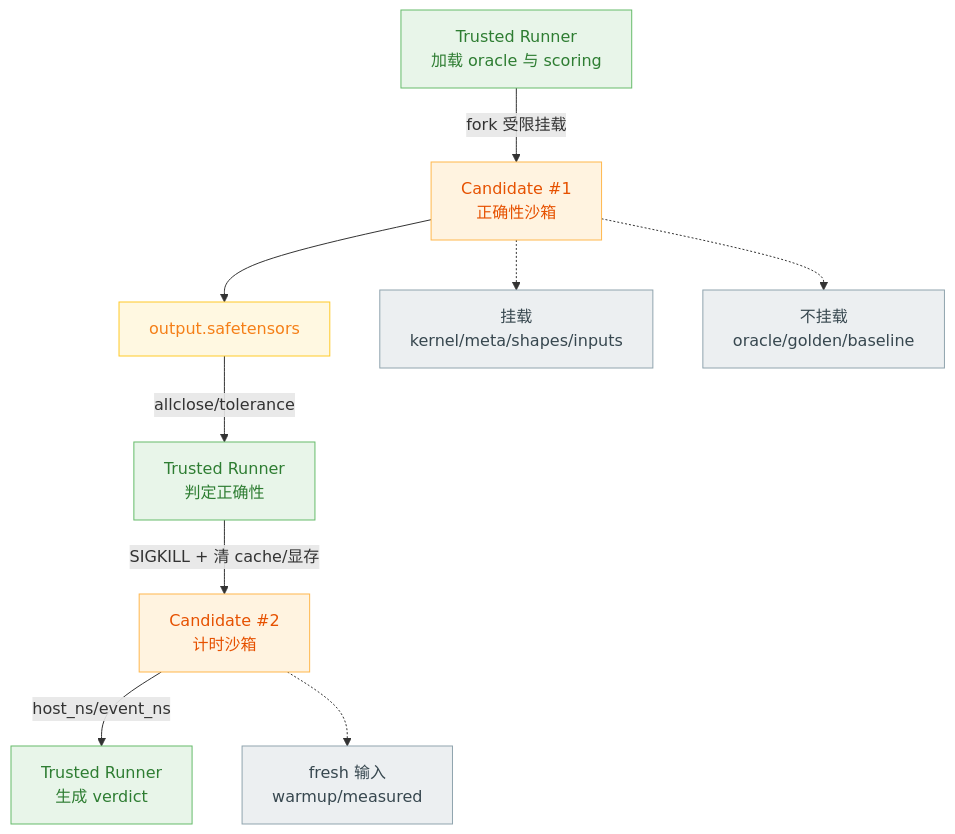
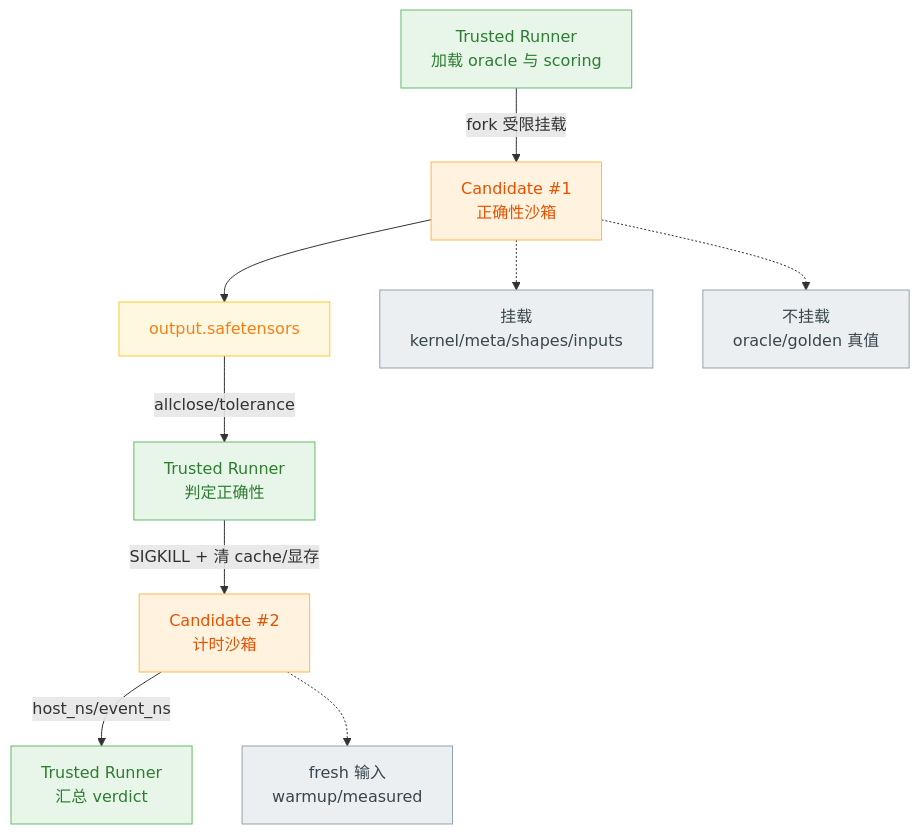
Before and after one commit to Gxj230958/TritonAscendBench: the third of 11 diagrams in docs/DESIGN.md, drawn with Mermaid. The commit also changed other lines of this file and 37 other files, not shown here.

````diff
--- a/docs/DESIGN.md
+++ b/docs/DESIGN.md
@@ -197,19 +196,19 @@
 ```mermaid
 flowchart TB
     TR["Trusted Runner<br/>加载 oracle 与 scoring"] -->|"fork 受限挂载"| C1["Candidate #1<br/>正确性沙箱"]
     C1 --> OUT["output.safetensors"]
     OUT -->|"allclose/tolerance"| TR2["Trusted Runner<br/>判定正确性"]
     TR2 -->|"SIGKILL + 清 cache/显存"| C2["Candidate #2<br/>计时沙箱"]
-    C2 -->|"host_ns/event_ns"| TR3["Trusted Runner<br/>生成 verdict"]
+    C2 -->|"host_ns/event_ns"| TR3["Trusted Runner<br/>汇总 verdict"]
     C1 -.-> C1M["挂载<br/>kernel/meta/shapes/inputs"]
-    C1 -.-> C1D["不挂载<br/>oracle/golden/baseline"]
+    C1 -.-> C1D["不挂载<br/>oracle/golden 真值"]
     C2 -.-> C2M["fresh 输入<br/>warmup/measured"]
     classDef trust fill:#E8F5E9,stroke:#66BB6A,color:#2E7D32;
     classDef sandbox fill:#FFF3E0,stroke:#FFB74D,color:#E65100;
     classDef artifact fill:#FFF8E1,stroke:#FFCA28,color:#F57F17;
     classDef note fill:#ECEFF1,stroke:#90A4AE,color:#37474F;
     class TR,TR2,TR3 trust;
     class C1,C2 sandbox;
     class OUT artifact;
     class C1M,C1D,C2M note;
 ```
````
